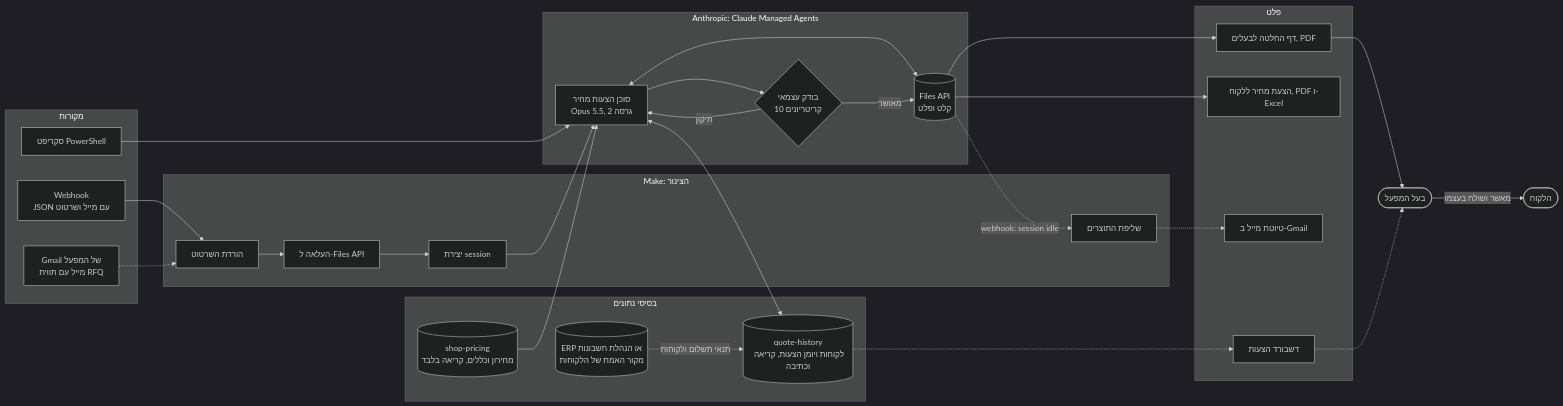
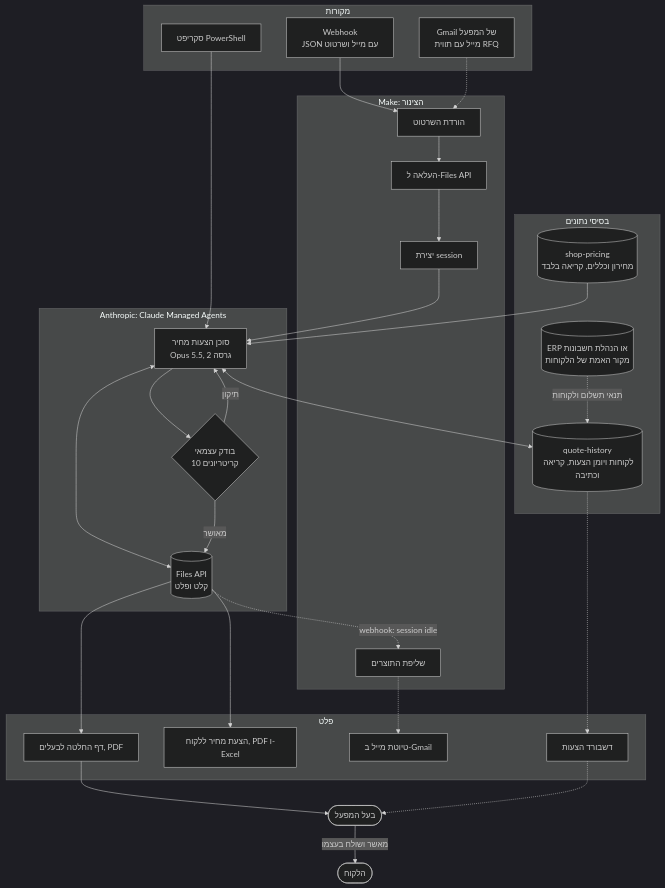
Before and after one commit to E37dey/aido-rfq-agent: the first of 4 diagrams in Architecture.md, drawn with Mermaid (dark theme).

Commit message:
Architecture: system diagram top-down for readability

````diff
--- a/Architecture.md
+++ b/Architecture.md
@@ -9,56 +9,56 @@
 ```mermaid
-flowchart LR
+flowchart TD
     subgraph IN["מקורות"]
         GM["Gmail של המפעל<br/>מייל עם תווית RFQ"]
         WH["Webhook<br/>JSON עם מייל ושרטוט"]
         SC["סקריפט PowerShell"]
     end
 
     subgraph MK["Make: הצינור"]
         M1["הורדת השרטוט"]
         M2["העלאה ל-Files API"]
         M3["יצירת session"]
         M4["שליפת התוצרים"]
     end
 
     subgraph AN["Anthropic: Claude Managed Agents"]
         AG["סוכן הצעות מחיר<br/>Opus 5.5, גרסה 2"]
         GR{"בודק עצמאי<br/>10 קריטריונים"}
         FS[("Files API<br/>קלט ופלט")]
     end
 
     subgraph DB["בסיסי נתונים"]
         PR[("shop-pricing<br/>מחירון וכללים, קריאה בלבד")]
         HI[("quote-history<br/>לקוחות ויומן הצעות, קריאה וכתיבה")]
         ERP[("ERP או הנהלת חשבונות<br/>מקור האמת של הלקוחות")]
     end
 
     subgraph OUT["פלט"]
         OB["דף החלטה לבעלים, PDF"]
         QT["הצעת מחיר ללקוח, PDF ו-Excel"]
         RD["טיוטת מייל ב-Gmail"]
         DS["דשבורד הצעות"]
     end
 
     OW(["בעל המפעל"])
     CU(["הלקוח"])
 
     WH --> M1 --> M2 --> M3 --> AG
     SC --> AG
     GM -.-> M1
     PR --> AG
     AG <--> HI
     AG <--> FS
     AG --> GR
     GR -->|"תיקון"| AG
     GR -->|"מאושר"| FS
     FS --> OB
     FS --> QT
     FS -.->|"webhook: session idle"| M4
     M4 -.-> RD
     HI -.-> DS
     ERP -.->|"תנאי תשלום ולקוחות"| HI
     OB --> OW
     DS -.-> OW
     OW -->|"מאשר ושולח בעצמו"| CU
 ```
````
